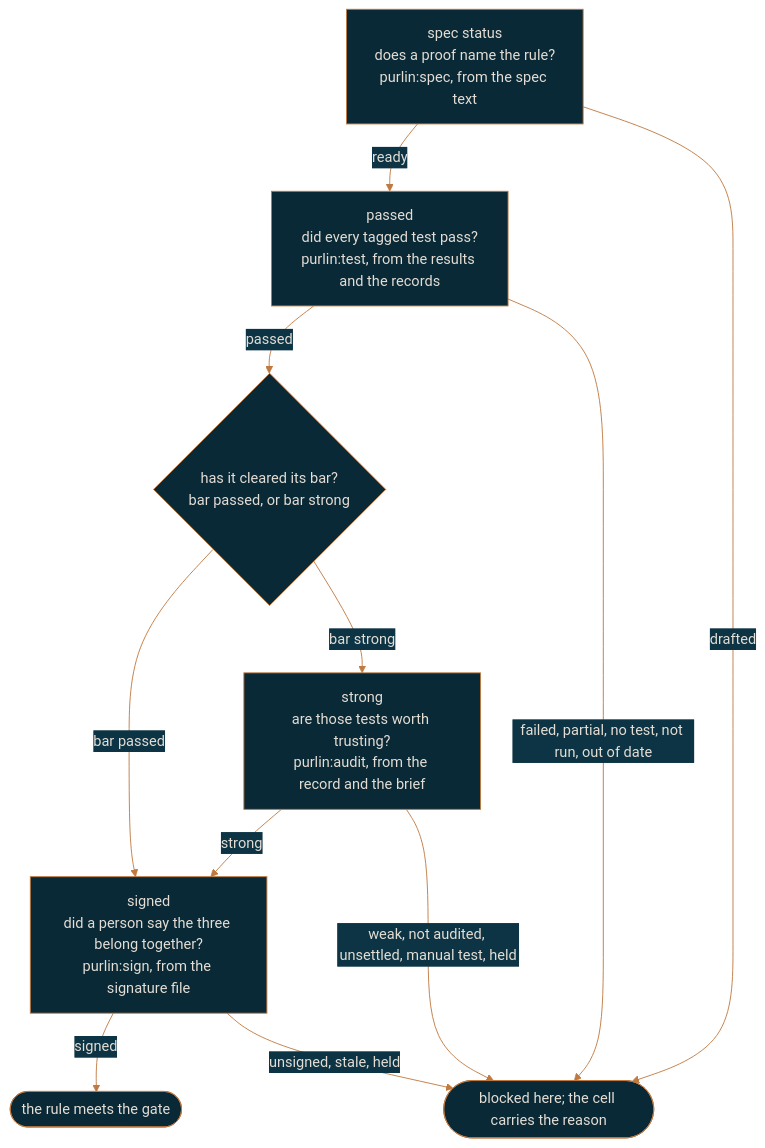
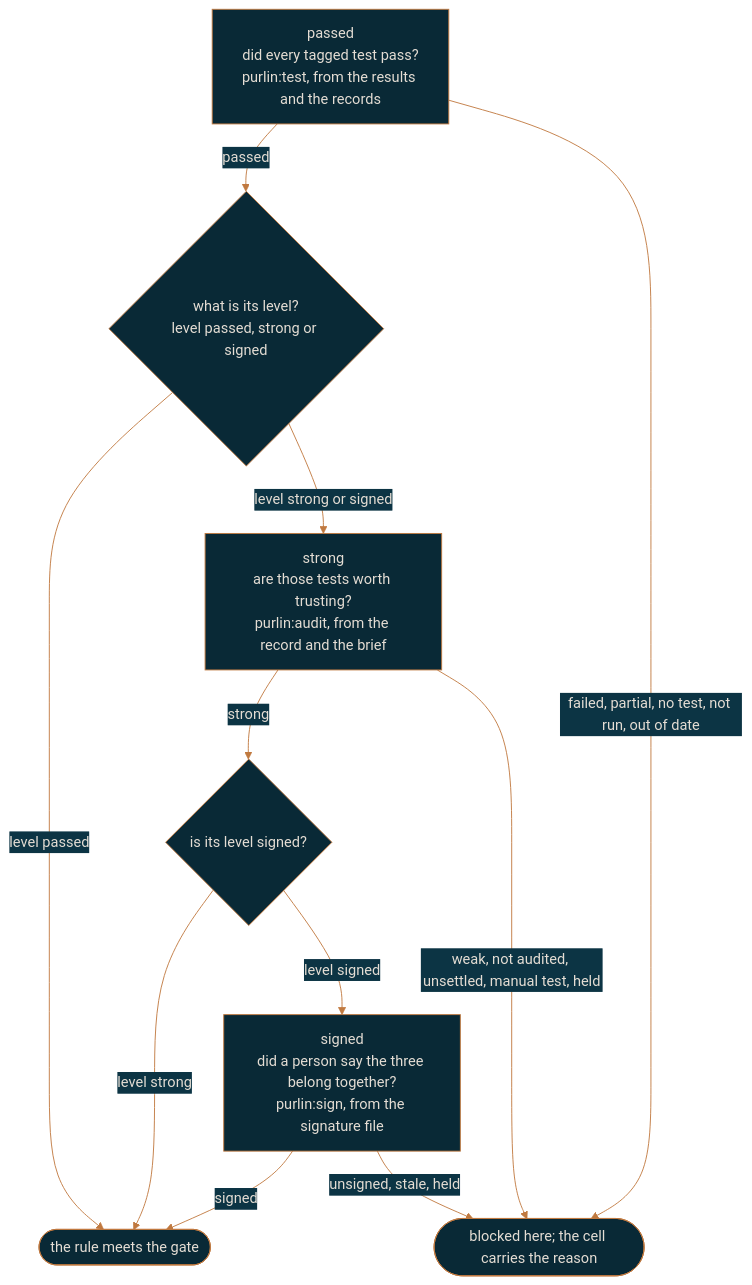
One commit to rlabarca/purlin changed the diagram in docs/how-purlin-works.md. Above: the diagram before and after it, drawn with Mermaid. The commit also changed other lines of this file and 32 other files, not shown here.

First line of the commit message:
docs: the skills, the agent, the references and the docs name the level

````diff
--- a/docs/how-purlin-works.md
+++ b/docs/how-purlin-works.md
@@ -11,22 +11,22 @@
 ```mermaid
 %%{init: {"theme": "base", "themeVariables": {"background": "#0C3444", "primaryColor": "#092936", "primaryTextColor": "#E4DDD4", "primaryBorderColor": "#C0793F", "lineColor": "#C0793F", "secondaryColor": "#0C3444", "tertiaryColor": "#092936", "fontFamily": "Arial", "textColor": "#E4DDD4"}}}%%
 flowchart TD
-    Q0["spec status<br>does a proof name the rule?<br>purlin:spec, from the spec text"]
     Q1["passed<br>did every tagged test pass?<br>purlin:test, from the results and the records"]
     Q2["strong<br>are those tests worth trusting?<br>purlin:audit, from the record and the brief"]
     Q3["signed<br>did a person say the three belong together?<br>purlin:sign, from the signature file"]
-    Bar{"has it cleared its bar?<br>bar passed, or bar strong"}
+    Lvl{"what is its level?<br>level passed, strong or signed"}
+    Sig{"is its level signed?"}
     Met(["the rule meets the gate"])
     Stop(["blocked here; the cell carries the reason"])
 
-    Q0 -->|ready| Q1
-    Q1 -->|passed| Bar
-    Bar -->|"bar passed"| Q3
-    Bar -->|"bar strong"| Q2
-    Q2 -->|strong| Q3
+    Q1 -->|passed| Lvl
+    Lvl -->|"level passed"| Met
+    Lvl -->|"level strong or signed"| Q2
+    Q2 -->|strong| Sig
+    Sig -->|"level strong"| Met
+    Sig -->|"level signed"| Q3
     Q3 -->|signed| Met
-    Q0 -->|drafted| Stop
     Q1 -->|"failed, partial, no test, not run, out of date"| Stop
     Q2 -->|"weak, not audited, unsettled, manual test, held"| Stop
     Q3 -->|"unsigned, stale, held"| Stop
 ```
````
